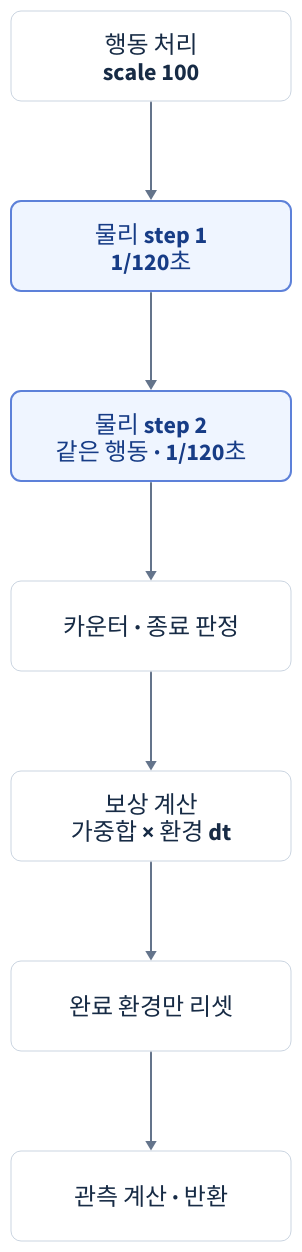
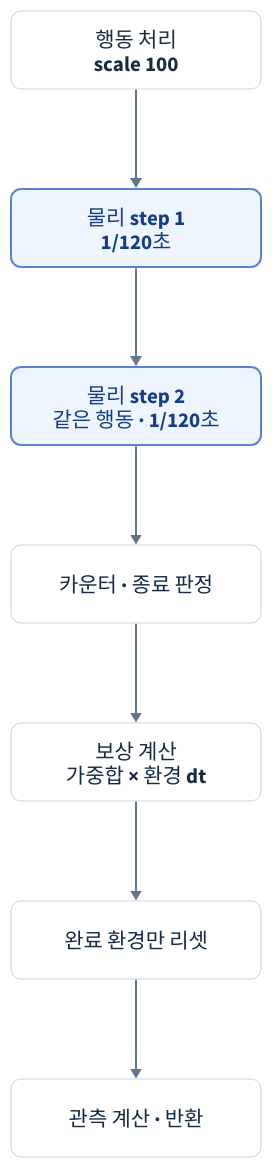
The diagram in learning-notes/reinforcement-learning/diagrams/04-environment-step.d2 (fortex66/physical-ai-training), drawn with D2 before and after one commit. The commit also changed 44 other files, not shown here.

Commit message:
docs: add lesson 23 custom RL environment and reduce diagram sizing

```diff
--- a/learning-notes/reinforcement-learning/diagrams/04-environment-step.d2
+++ b/learning-notes/reinforcement-learning/diagrams/04-environment-step.d2
@@ -1,25 +1,25 @@
 direction: down
 classes: {
   box: {
-    width: 280
-    height: 90
-    style: {font-size: 24; font-color: "#172B45"; fill: "#FFFFFF"; stroke: "#CBD5E1"; stroke-width: 1; border-radius: 10}
+    width: 250
+    height: 78
+    style: {font-size: 21; font-color: "#172B45"; fill: "#FFFFFF"; stroke: "#CBD5E1"; stroke-width: 1; border-radius: 10}
   }
   focus: {
-    width: 280
-    height: 90
-    style: {font-size: 24; font-color: "#173C86"; fill: "#EFF5FF"; stroke: "#5D81D9"; stroke-width: 2; border-radius: 10}
+    width: 250
+    height: 78
+    style: {font-size: 21; font-color: "#173C86"; fill: "#EFF5FF"; stroke: "#5D81D9"; stroke-width: 2; border-radius: 10}
   }
 }
 *.class: box
-*.style.font-size: 24
+*.style.font-size: 21
 (* -> *)[*].style.stroke: "#64748B"
 (* -> *)[*].style.stroke-width: 2
 action: "행동 처리\nscale 100"
 p1: "물리 step 1\n1/120초" {class: focus}
 p2: "물리 step 2\n같은 행동 · 1/120초" {class: focus}
 term: 카운터 · 종료 판정
 reward: "보상 계산\n가중합 × 환경 dt"
 reset: 완료 환경만 리셋
 obs: 관측 계산 · 반환
 action -> p1 -> p2 -> term -> reward -> reset -> obs
```
